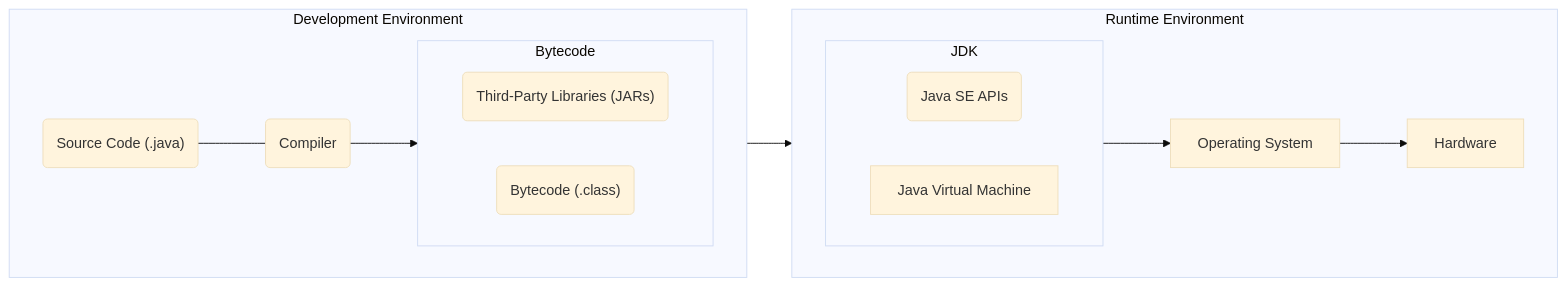
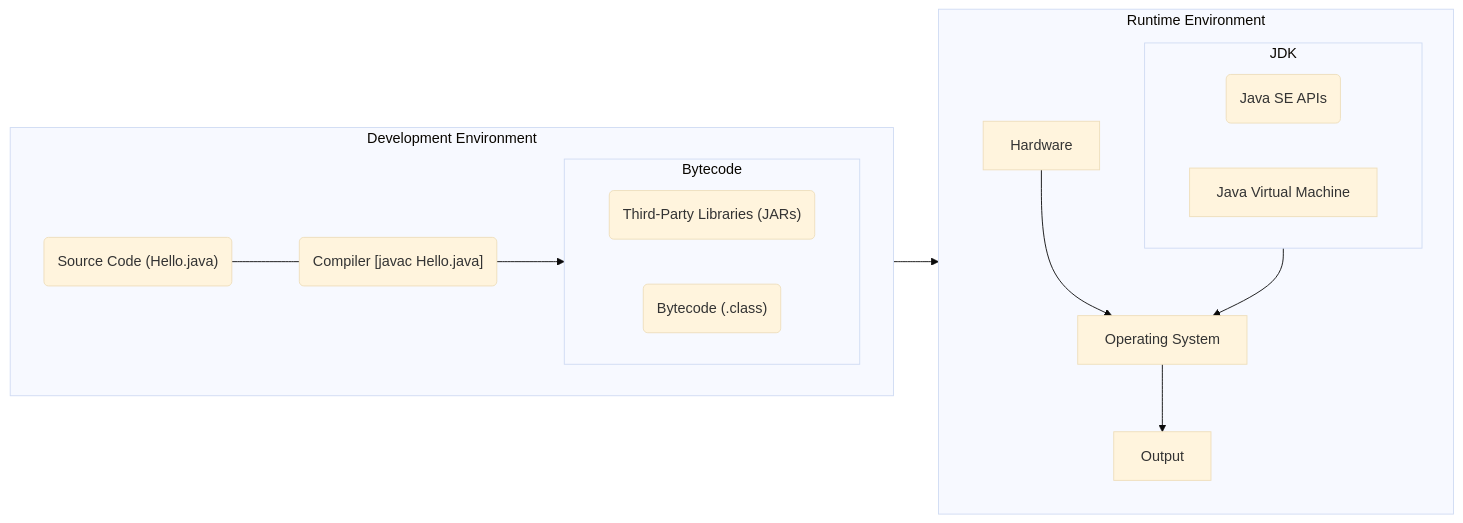
One commit to Moustafa-E/Learning-Java changed the diagram in JavaSE-The-Big-Picture/Introducing-the-Java-Platform.md. Above: the diagram before and after it, drawn with Mermaid (base theme).

Commit message:
Added output node

````diff
--- a/JavaSE-The-Big-Picture/Introducing-the-Java-Platform.md
+++ b/JavaSE-The-Big-Picture/Introducing-the-Java-Platform.md
@@ -15,44 +15,46 @@
 ```mermaid
 flowchart LR
     TPL("Third-Party Libraries (JARs)")
-    SC("Source Code (.java)")
-    C("Compiler")
+    SC("Source Code (Hello.java)")
+    C("Compiler [javac Hello.java]")
     B("Bytecode (.class)")
     JSE("Java SE APIs")
     JVM["Java Virtual Machine"]
     OS["Operating System"]
     HW["Hardware"]
+    Out["Output"]
 
     subgraph S1["Runtime Environment"]
-        direction LR
+        direction TB
         HW
         OS
         subgraph S11["JDK"]
         direction LR
             JVM
             JSE
         end
 
-        S11 --> OS --> HW
+        S11 --> OS
+        HW --> OS --> Out
     end
 
     subgraph S2["Development Environment"]
         direction LR
         SC
         C
         TPL
         
         subgraph S21["Bytecode"]
         direction LR
             B
             TPL
         end
 
         SC --- C
         C --> S21
     end
 
 %% Dev to Runtime
     S21 --> S11
 
 ```
````
